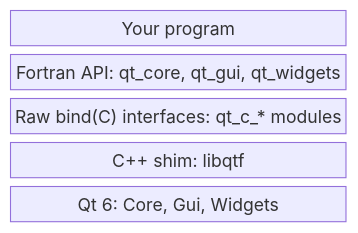
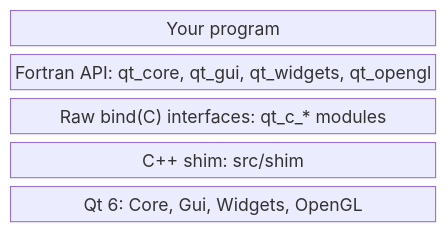
One commit to jacobwilliams/qt-fortran changed the diagram in README.md. Above: the diagram before and after it, drawn with Mermaid. The commit also changed other lines of this file and 17 other files, not shown here.

First line of the commit message:
Make qt-fortran a regular fpm dependency (fpm builds the C++ shim)

````diff
--- a/README.md
+++ b/README.md
@@ -219,9 +260,9 @@
 ```mermaid
 block-beta
     columns 1
     app["Your program"]
-    api["Fortran API: qt_core, qt_gui, qt_widgets"]
+    api["Fortran API: qt_core, qt_gui, qt_widgets, qt_opengl"]
     raw["Raw bind(C) interfaces: qt_c_* modules"]
-    shim["C++ shim: libqtf"]
-    qt["Qt 6: Core, Gui, Widgets"]
+    shim["C++ shim: src/shim"]
+    qt["Qt 6: Core, Gui, Widgets, OpenGL"]
 ```
````
